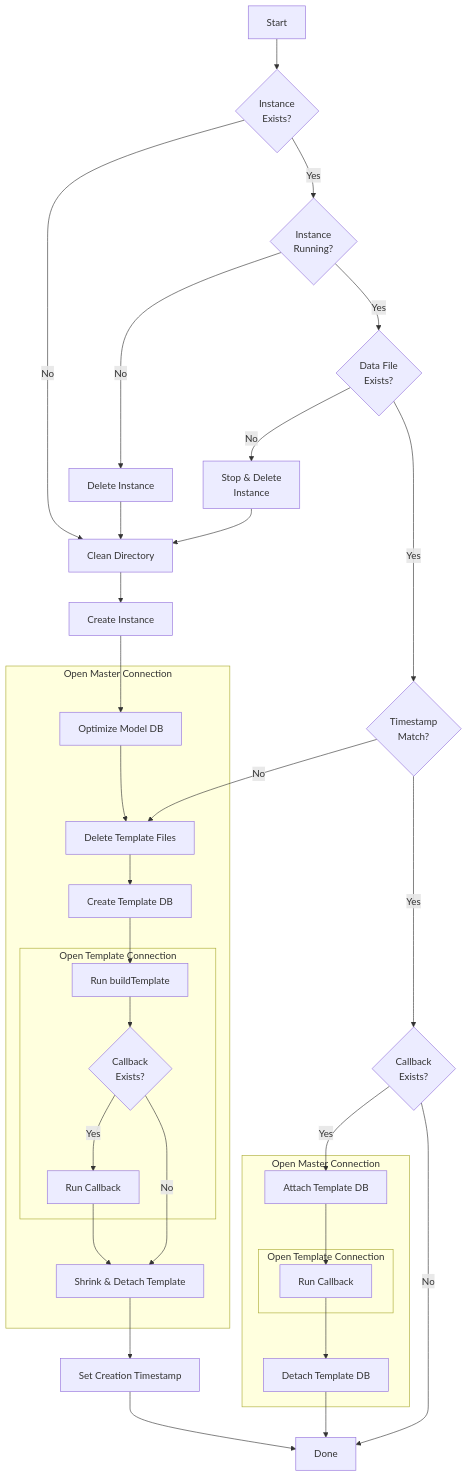
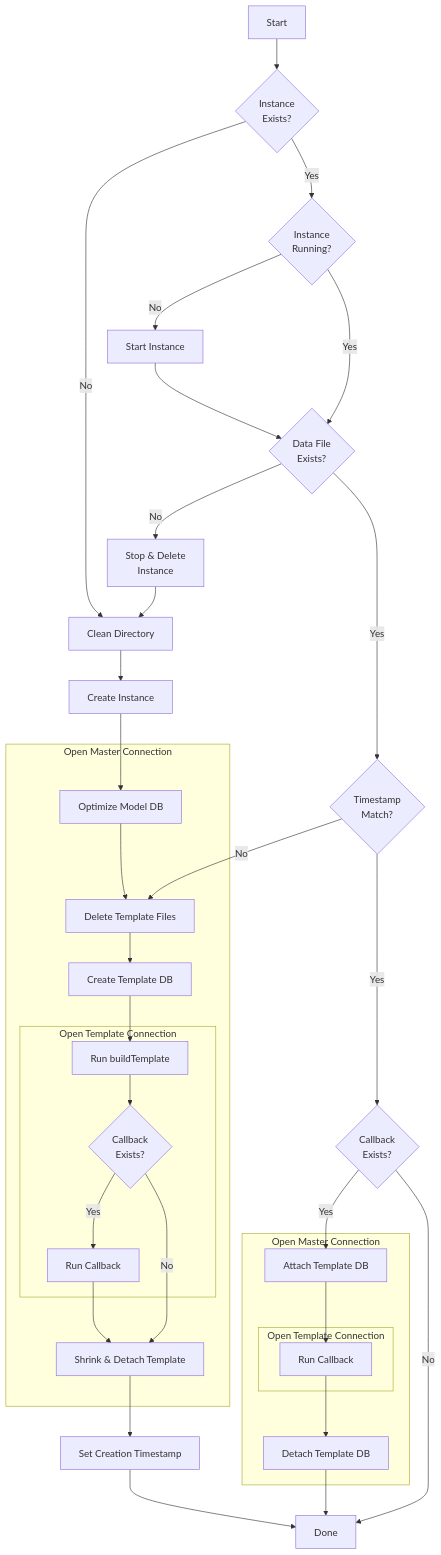
Before and after one commit to SimonCropp/LocalDb: the second of 3 diagrams in readme.md, drawn with Mermaid. The commit also changed other lines of this file and 5 other files, not shown here.

````diff
--- a/readme.md
+++ b/readme.md
@@ -227,75 +227,75 @@
 ```mermaid
 flowchart TD
 
     start[Start]
     checkExists{Instance<br>Exists?}
     checkRunning{Instance<br>Running?}
-    deleteInstance[Delete Instance]
+    startInstance[Start Instance]
     checkDataFile{Data File<br>Exists?}
     stopAndDelete[Stop & Delete<br>Instance]
     cleanDir[Clean Directory]
     checkTimestamp{Timestamp<br>Match?}
     checkCallback{Callback<br>Exists?}
     createInstance[Create Instance]
 
     subgraph openMasterForNewBox[Open Master Connection]
         optimizeModel[Optimize Model DB]
         deleteFiles[Delete Template Files]
         createTemplateDb[Create Template DB]
         subgraph openTemplateForNewBox[Open Template Connection]
             runBuildTemplate[Run buildTemplate]
             checkCallbackAfterBuild{Callback<br>Exists?}
             runCallbackAfterBuild[Run Callback]
         end
         detachShrink[Shrink & Detach Template]
     end
     setTimestamp[Set Creation Timestamp]
 
     subgraph openMasterForExistingBox[Open Master Connection]
         attachTemplate[Attach Template DB]
         subgraph openTemplateForExistingBox[Open Template Connection]
             runCallback[Run Callback]
         end
         detachTemplate[Detach Template DB]
     end
 
 
     done[Done]
 
     start --> checkExists
 
     checkExists -->|No| cleanDir
     checkExists -->|Yes| checkRunning
 
-    checkRunning -->|No| deleteInstance
-    deleteInstance --> cleanDir
+    checkRunning -->|No| startInstance
+    startInstance --> checkDataFile
 
     checkRunning -->|Yes| checkDataFile
 
     checkDataFile -->|No| stopAndDelete
     stopAndDelete --> cleanDir
 
     checkDataFile -->|Yes| checkTimestamp
 
     checkTimestamp -->|No| deleteFiles
 
     checkTimestamp -->|Yes| checkCallback
     cleanDir --> createInstance
     createInstance --> optimizeModel
     optimizeModel --> deleteFiles
     deleteFiles --> createTemplateDb
     createTemplateDb --> runBuildTemplate
     runBuildTemplate --> checkCallbackAfterBuild
     checkCallbackAfterBuild -->|Yes| runCallbackAfterBuild
     checkCallbackAfterBuild -->|No| detachShrink
     runCallbackAfterBuild --> detachShrink
     detachShrink --> setTimestamp
 
     checkCallback -->|Yes| attachTemplate
     attachTemplate --> runCallback
     runCallback --> detachTemplate
 
     checkCallback -->|No| done
     detachTemplate --> done
     setTimestamp --> done
 ```
````
